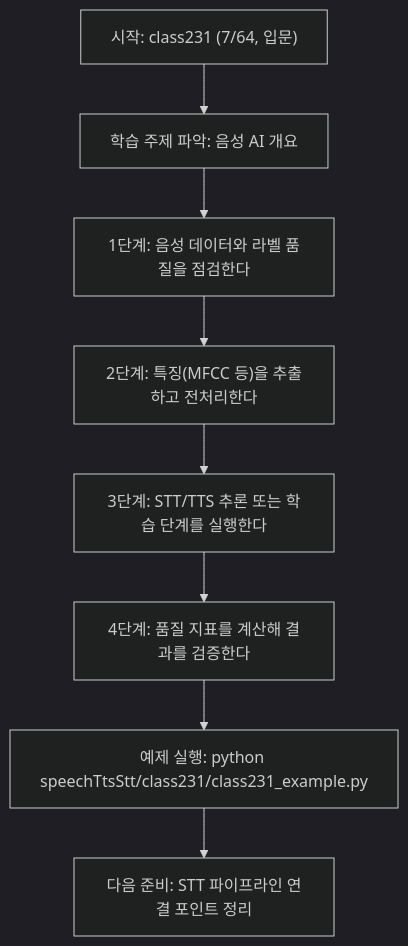
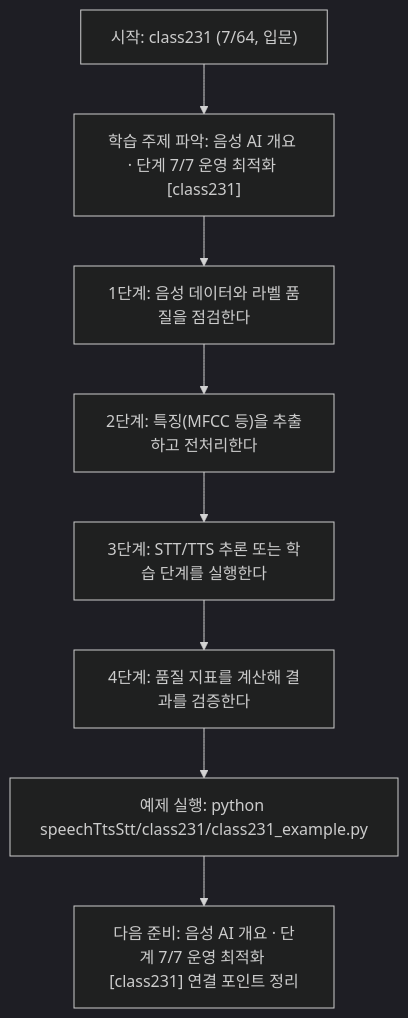
One commit to edumgt/Python-AI_Agent-Class changed the diagram in speechTtsStt/class231/class231.md. Above: the diagram before and after it, drawn with Mermaid (dark theme). The commit also changed other lines of this file and 522 other files, not shown here.

````diff
--- a/speechTtsStt/class231/class231.md
+++ b/speechTtsStt/class231/class231.md
@@ -113,18 +114,18 @@
 ```mermaid
 flowchart TD
 N1["시작: class231 (7/64, 입문)"]
-N2["학습 주제 파악: 음성 AI 개요"]
+N2["학습 주제 파악: 음성 AI 개요 · 단계 7/7 운영 최적화 [class231]"]
 N3["1단계: 음성 데이터와 라벨 품질을 점검한다"]
 N4["2단계: 특징(MFCC 등)을 추출하고 전처리한다"]
 N5["3단계: STT/TTS 추론 또는 학습 단계를 실행한다"]
 N6["4단계: 품질 지표를 계산해 결과를 검증한다"]
 N7["예제 실행: python speechTtsStt/class231/class231_example.py"]
-N8["다음 준비: STT 파이프라인 연결 포인트 정리"]
+N8["다음 준비: 음성 AI 개요 · 단계 7/7 운영 최적화 [class231] 연결 포인트 정리"]
 N1 --> N2
 N2 --> N3
 N3 --> N4
 N4 --> N5
 N5 --> N6
 N6 --> N7
 N7 --> N8
 ```
````
